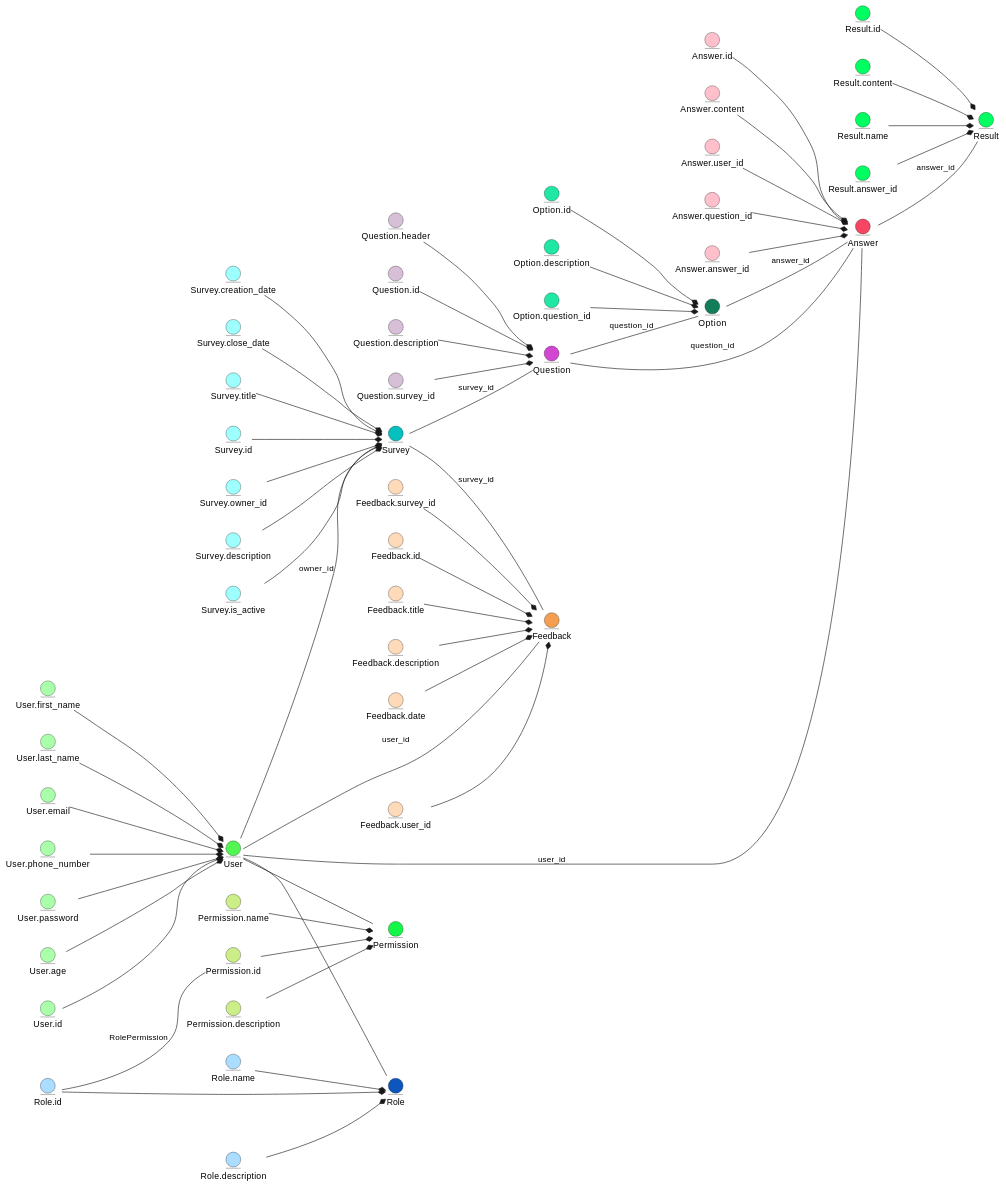
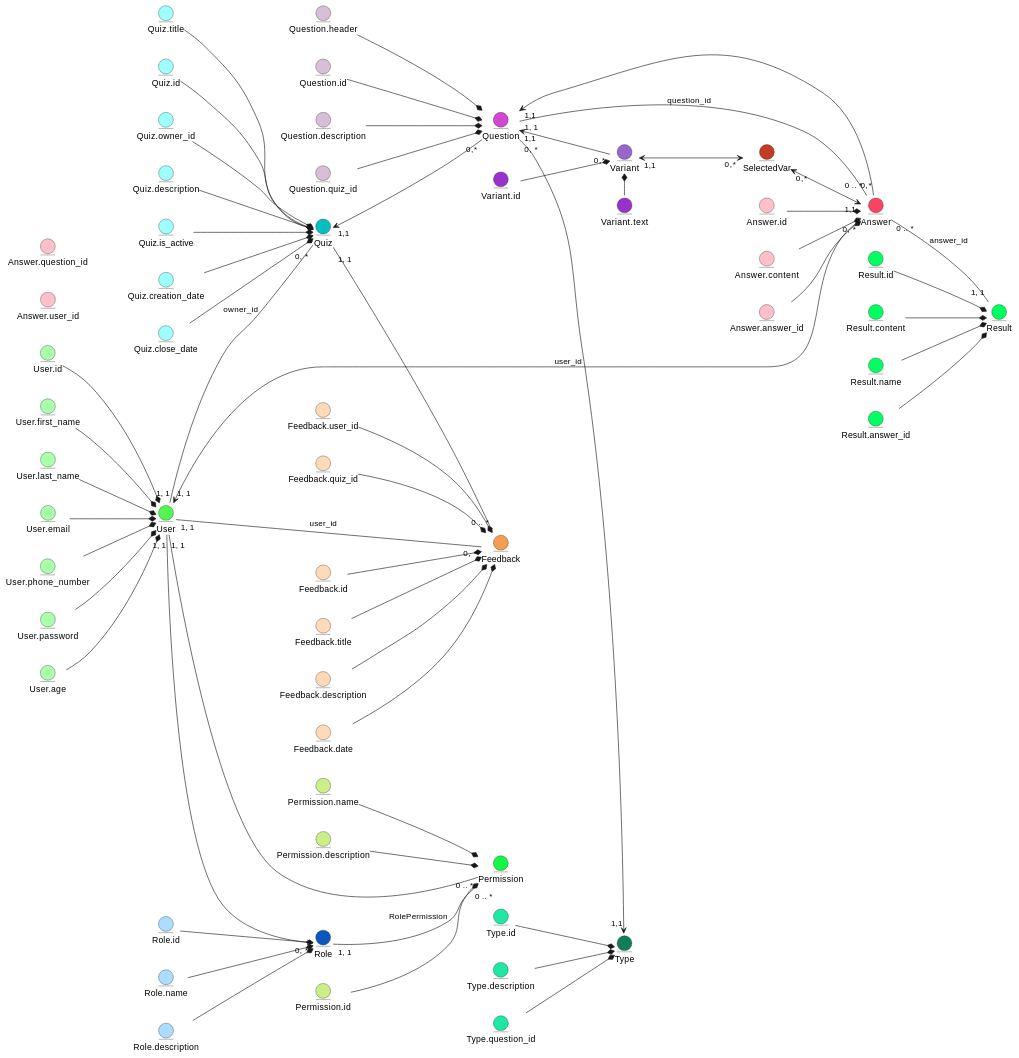
Before and after one commit to sunnytea0/db_labs_my: the first of 2 diagrams in docs/design/README.md, drawn with PlantUML.

Commit message:
#46 edit README.md
Commited @sunnytea0 version of the business objets model

```diff
--- a/docs/design/README.md
+++ b/docs/design/README.md
@@ -43,31 +43,46 @@
 entity Answer.question_id #FFC0CB
 entity Answer.answer_id #FFC0CB
 
+entity Variant #9966CC
+entity Variant.id #9932CC
+entity Variant.text #9932CC
+'/ 
+
+Variant.id --* Variant
+Variant.text --l-* Variant
+
+
+
+entity SelectedVar #C23B22
+SelectedVar "0,* " <-u-> "1,1" Variant
+SelectedVar "0,* " <-d-> "1,1" Answer
+
 Answer.id -d-* Answer
 Answer.content -d-* Answer
-Answer.user_id -d-* Answer
-Answer.question_id -d-* Answer
 Answer.answer_id -d-* Answer
 
 entity Question #d147d1
 entity Question.id #D8BFD8
 entity Question.description #D8BFD8
-entity Question.survey_id #D8BFD8
+entity Question.quiz_id #D8BFD8
 entity Question.header #D8BFD8
 
 Question.id -d-* Question
 Question.description -d-* Question
-Question.survey_id -d-* Question
+Question.quiz_id -d-* Question
 Question.header -d-* Question
 
-entity Option #117d59
-entity Option.id #1ee8a4
-entity Option.description #1ee8a4
-entity Option.question_id #1ee8a4
+Question "1,1" <- "0,*" Answer 
+Variant "0,*" -u-> "1,1" Question
 
-Option.id -d-* Option
-Option.description -d-* Option
-Option.question_id -d-* Option
+entity Type #117d59
+entity Type.id #1ee8a4
+entity Type.description #1ee8a4
+entity Type.question_id #1ee8a4
+
+Type.id -d-* Type
+Type.description -d-* Type
+Type.question_id -d-* Type
 
 entity Result #00ff61
 entity Result.id #00ff61
@@ -86,31 +101,31 @@
 entity Feedback.description #FFDAB9
 entity Feedback.date #FFDAB9
 entity Feedback.user_id #FFDAB9
-entity Feedback.survey_id #FFDAB9
+entity Feedback.quiz_id #FFDAB9
 
 Feedback.id -d-* Feedback
 Feedback.title -d-* Feedback
 Feedback.description -d-* Feedback
 Feedback.date -d-* Feedback
 Feedback.user_id -d-* Feedback
-Feedback.survey_id -d-* Feedback
+Feedback.quiz_id -d-* Feedback
 
-entity Survey #06bfbf
-entity Survey.id #9effff
-entity Survey.owner_id #9effff
-entity Survey.description #9effff
-entity Survey.is_active #9effff
-entity Survey.creation_date #9effff
-entity Survey.close_date #9effff
-entity Survey.title #9effff
+entity Quiz #06bfbf
+entity Quiz.id #9effff
+entity Quiz.owner_id #9effff
+entity Quiz.description #9effff
+entity Quiz.is_active #9effff
+entity Quiz.creation_date #9effff
+entity Quiz.close_date #9effff
+entity Quiz.title #9effff
 
-Survey.id -d-* Survey
-Survey.owner_id -d-* Survey
-Survey.description -d-* Survey
-Survey.is_active -d-* Survey
-Survey.creation_date -d-* Survey
-Survey.close_date -d-* Survey
-Survey.title -d-* Survey
+Quiz.id -d-* Quiz
+Quiz.owner_id -d-* Quiz
+Quiz.description -d-* Quiz
+Quiz.is_active -d-* Quiz
+Quiz.creation_date -d-* Quiz
+Quiz.close_date -d-* Quiz
+Quiz.title -d-* Quiz
 
 entity Role #0c56bd
 entity Role.id #aaddff
@@ -130,17 +145,20 @@
 Permission.name -d-* Permission
 Permission.description -d-* Permission
 
-User -- Answer : user_id
-User -- Feedback : user_id
-User -- Survey : owner_id
-Question -- Option : question_id
-Question -- Answer : question_id
-Option -- Answer : answer_id
-Answer -- Result : answer_id
-Survey -- Question : survey_id
-Survey -- Feedback : survey_id
-User -- Role
-User -- Permission
-Role.id -- Permission.id : RolePermission
+
+
+Quiz "1,1" <-- "0,*" Question
+
+User "1, 1" <-- "0, *" Answer : user_id
+User "1, 1" -- "0, *" Feedback : user_id
+User "1, 1" -- "0, *" Quiz : owner_id
+User "1, 1" --> "0, *" Role
+User "1, 1" -- "0 .. *" Permission
+Question "0, *" --> "1,1" Type 
+Question "1, 1" -- "0 .. *" Answer : question_id
+Answer "0 .. *" -- "1, 1" Result : answer_id
+
+Quiz "1, 1" -- "0 .. *" Feedback  
+Role "1, 1" -- "0 .. *" Permission : RolePermission
 
 @enduml
```
